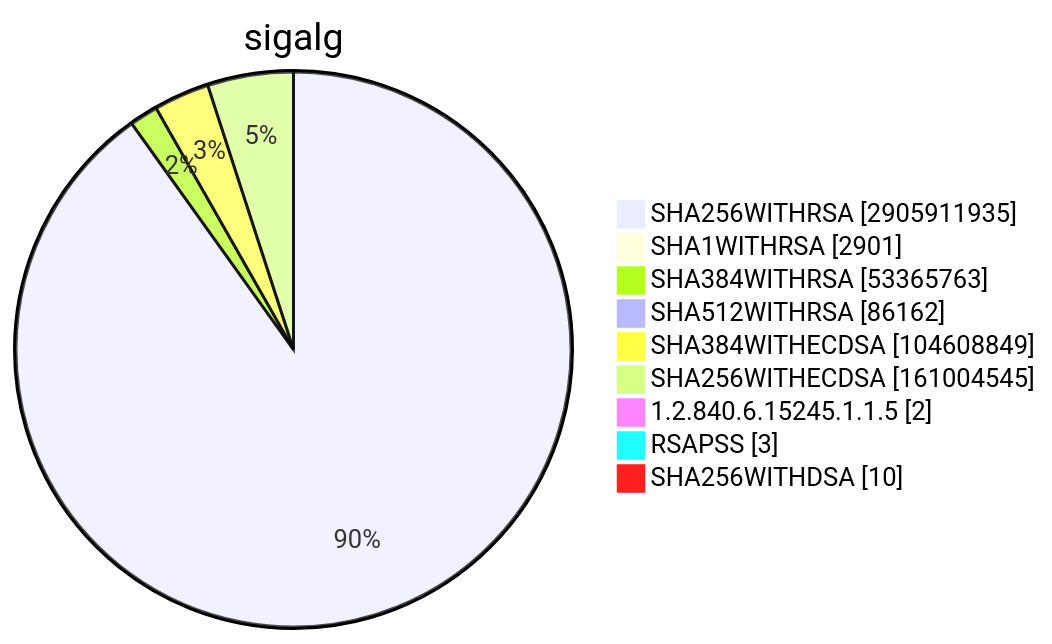
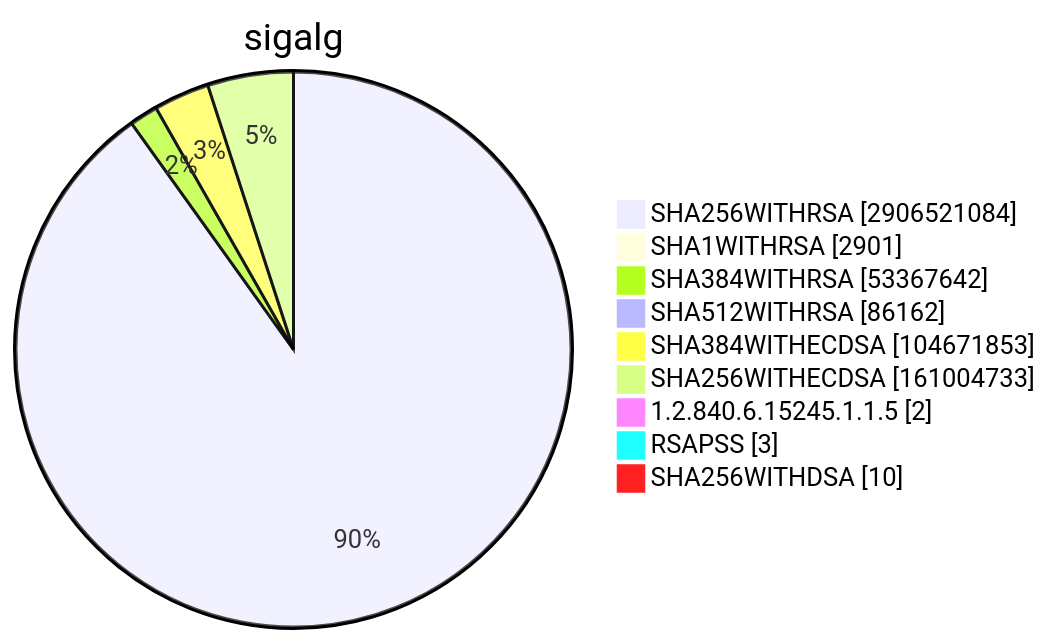
Before and after one commit to christiankrug/ctmonitor_visualization: diagram 15 of 15 in TOTAL/README.md, drawn with Mermaid. The commit also changed other lines of this file, not shown here.

````diff
--- a/TOTAL/README.md
+++ b/TOTAL/README.md
@@ -6207,13 +6207,13 @@
 ```mermaid
 pie showData
 title sigalg
-"SHA256WITHRSA" :2905911935
+"SHA256WITHRSA" :2906521084
 "SHA1WITHRSA" :2901
-"SHA384WITHRSA" :53365763
+"SHA384WITHRSA" :53367642
 "SHA512WITHRSA" :86162
-"SHA384WITHECDSA" :104608849
-"SHA256WITHECDSA" :161004545
+"SHA384WITHECDSA" :104671853
+"SHA256WITHECDSA" :161004733
 "1.2.840.6.15245.1.1.5" :2
 "RSAPSS" :3
 "SHA256WITHDSA" :10
 ```
````
